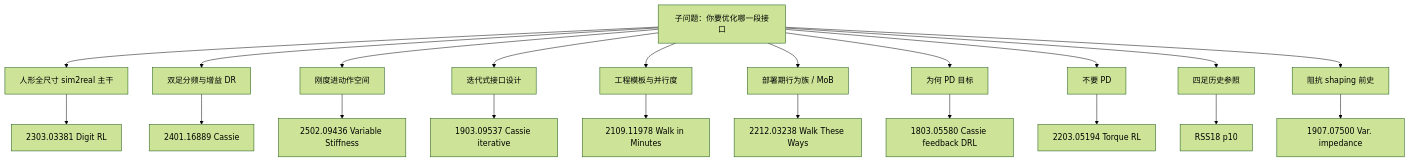
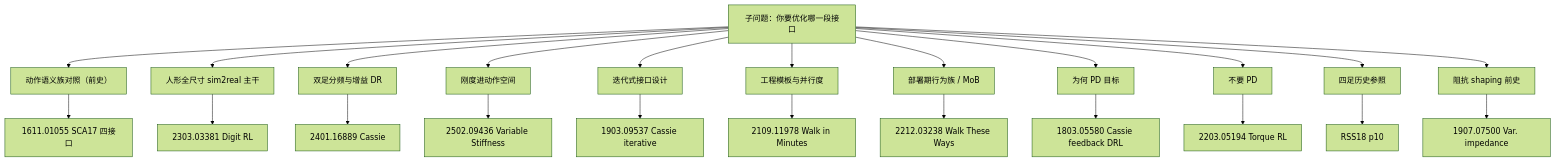
The first of 3 diagrams in wiki/queries/legged-humanoid-rl-pd-gain-setting.md (ImChong/Robotics_Notebooks), drawn with Mermaid (forest theme) before and after one commit. The commit also changed other lines of this file and 22 other files, not shown here.

````diff
--- a/wiki/queries/legged-humanoid-rl-pd-gain-setting.md
+++ b/wiki/queries/legged-humanoid-rl-pd-gain-setting.md
@@ -79,24 +81,26 @@
 ```mermaid
 flowchart TB
   Q["子问题：你要优化哪一段接口"]
+  Q --> A0["动作语义族对照（前史）"]
+  A0 --> A01["1611.01055 SCA17 四接口"]
   Q --> H["人形全尺寸 sim2real 主干"]
   H --> H1["2303.03381 Digit RL"]
   Q --> B["双足分频与增益 DR"]
   B --> B1["2401.16889 Cassie"]
   Q --> V["刚度进动作空间"]
   V --> V1["2502.09436 Variable Stiffness"]
   Q --> I["迭代式接口设计"]
   I --> I1["1903.09537 Cassie iterative"]
   Q --> T["工程模板与并行度"]
   T --> T1["2109.11978 Walk in Minutes"]
   Q --> G["部署期行为族 / MoB"]
   G --> G1["2212.03238 Walk These Ways"]
   Q --> Y["为何 PD 目标"]
   Y --> Y1["1803.05580 Cassie feedback DRL"]
   Q --> N["不要 PD"]
   N --> N1["2203.05194 Torque RL"]
   Q --> R["四足历史参照"]
   R --> R1["RSS18 p10"]
   Q --> Z["阻抗 shaping 前史"]
   Z --> Z1["1907.07500 Var. impedance"]
 ```
````
